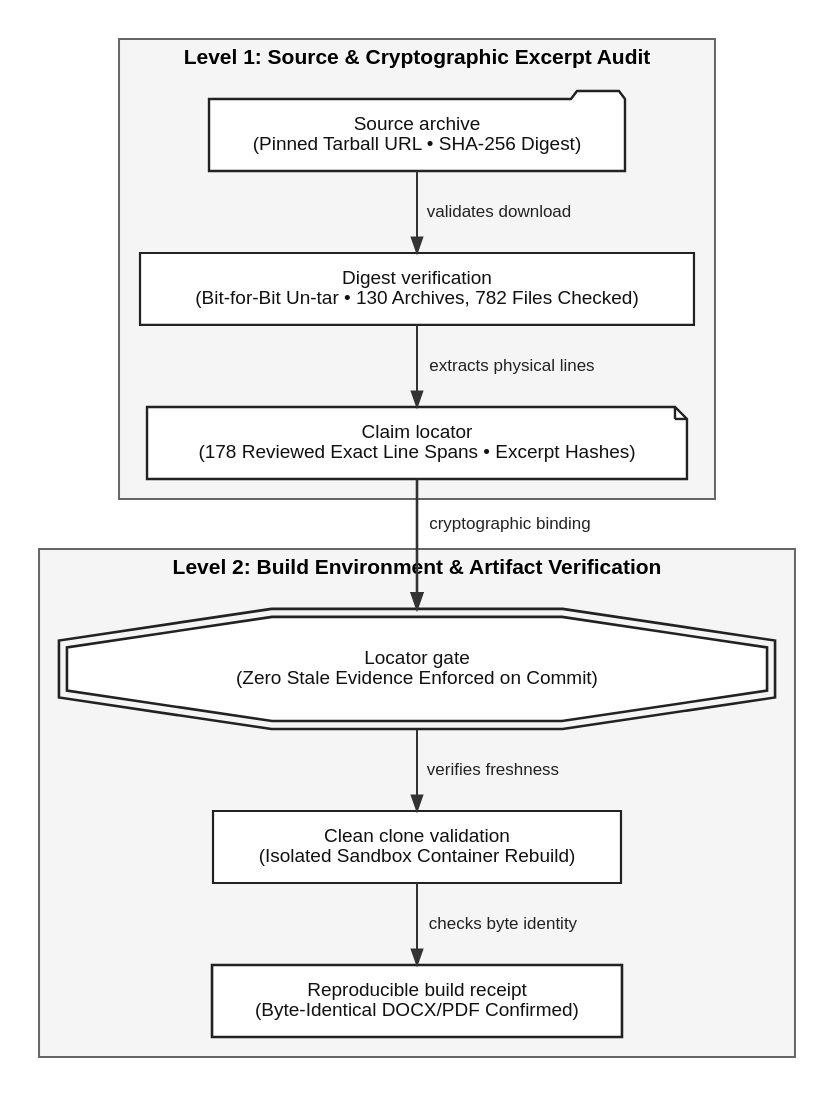
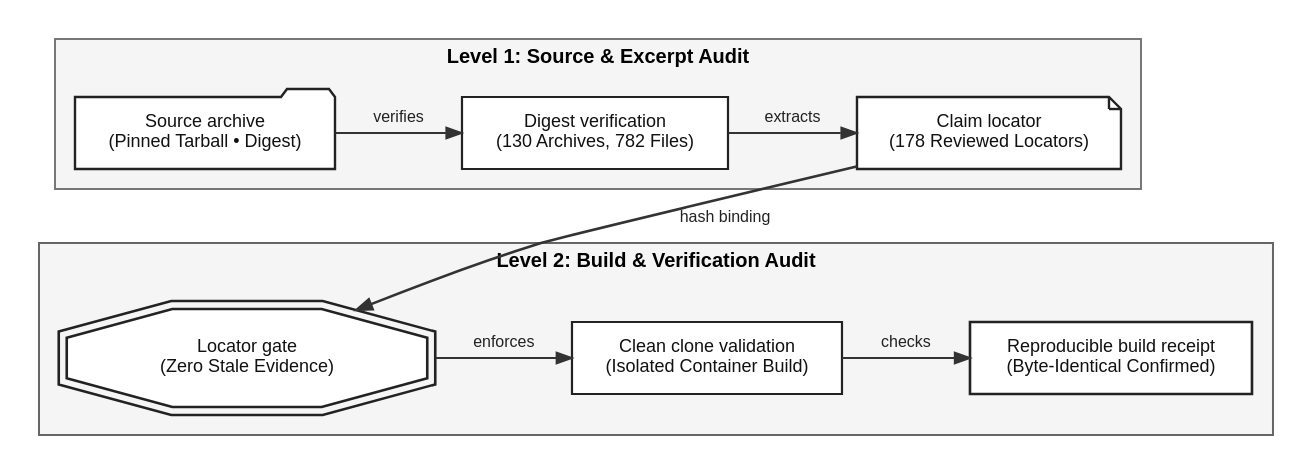
One commit to umyunsang/argo changed the diagram in paper/figures/rendered/fig-08.dot. Above: the diagram before and after it, drawn with Graphviz. The commit also changed 13 other files, not shown here.

Commit message:
fix(paper): fix table text overlap and resize figure 9 (evidence chain) to compact 2-row layout

```diff
--- a/paper/figures/rendered/fig-08.dot
+++ b/paper/figures/rendered/fig-08.dot
@@ -1,65 +1,70 @@
 digraph EvidenceChain {
   compound=true;
   rankdir=TB;
   bgcolor=white;
-  nodesep=0.40;
-  ranksep=0.45;
+  nodesep=0.45;
+  ranksep=0.55;
 
   node [
     shape=box,
     style="filled,solid",
     fillcolor="#FFFFFF",
     color="#222222",
     fontcolor="#111111",
     fontname="Helvetica",
-    fontsize=9.5,
+    fontsize=9.0,
     penwidth=1.1,
-    margin="0.16,0.10"
+    margin="0.14,0.08"
   ];
 
   edge [
     color="#333333",
     fontcolor="#222222",
     fontname="Helvetica",
-    fontsize=8.5,
+    fontsize=8.0,
     arrowhead=normal,
     arrowsize=0.75,
     penwidth=1.0
   ];
 
-  subgraph cluster_source_audit {
-    label="Level 1: Source & Cryptographic Excerpt Audit";
+  subgraph cluster_level1 {
+    label="Level 1: Source & Excerpt Audit";
     fontname="Helvetica-Bold";
-    fontsize=10.5;
+    fontsize=10.0;
+    color="#777777";
+    fillcolor="#F5F5F5";
+    style="filled,solid";
+    margin=10;
+
+    src_arch [label="Source archive\n(Pinned Tarball • Digest)", shape=folder, penwidth=1.2];
+    dig_ver [label="Digest verification\n(130 Archives, 782 Files)"];
+    claim_loc [label="Claim locator\n(178 Reviewed Locators)", shape=note, penwidth=1.2];
+
+    { rank=same; src_arch; dig_ver; claim_loc; }
+    src_arch -> dig_ver [label="verifies"];
+    dig_ver -> claim_loc [label="extracts"];
+  }
+
+  subgraph cluster_level2 {
+    label="Level 2: Build & Verification Audit";
+    fontname="Helvetica-Bold";
+    fontsize=10.0;
     color="#666666";
     fillcolor="#F5F5F5";
     style="filled,solid";
     margin=10;
 
-    src_arch [label="Source archive\n(Pinned Tarball URL • SHA-256 Digest)", shape=folder, penwidth=1.2];
-    dig_ver [label="Digest verification\n(Bit-for-Bit Un-tar • 130 Archives, 782 Files Checked)"];
-    claim_loc [label="Claim locator\n(178 Reviewed Exact Line Spans • Excerpt Hashes)", shape=note, penwidth=1.2];
+    loc_gate [label="Locator gate\n(Zero Stale Evidence)", shape=doubleoctagon, penwidth=1.3];
+    clean_clone [label="Clean clone validation\n(Isolated Container Build)"];
+    repro_receipt [label="Reproducible build receipt\n(Byte-Identical Confirmed)", shape=box, style="filled,bold", penwidth=1.3];
 
-    src_arch -> dig_ver [label="validates download"];
-    dig_ver -> claim_loc [label="extracts physical lines"];
+    { rank=same; loc_gate; clean_clone; repro_receipt; }
+    loc_gate -> clean_clone [label="enforces"];
+    clean_clone -> repro_receipt [label="checks"];
   }
 
-  subgraph cluster_system_audit {
-    label="Level 2: Build Environment & Artifact Verification";
-    fontname="Helvetica-Bold";
-    fontsize=10.5;
-    color="#666666";
-    fillcolor="#F5F5F5";
-    style="filled,solid";
-    margin=10;
-
-    loc_gate [label="Locator gate\n(Zero Stale Evidence Enforced on Commit)", shape=doubleoctagon, penwidth=1.3];
-    clean_clone [label="Clean clone validation\n(Isolated Sandbox Container Rebuild)"];
-    repro_receipt [label="Reproducible build receipt\n(Byte-Identical DOCX/PDF Confirmed)", shape=box, style="filled,bold", penwidth=1.3];
-
-    loc_gate -> clean_clone [label="verifies freshness"];
-    clean_clone -> repro_receipt [label="checks byte identity"];
-  }
-
-  claim_loc -> loc_gate [label="cryptographic binding", style=bold, penwidth=1.3];
+  // Left alignment to stack clusters cleanly
+  src_arch -> loc_gate [style=invis];
+  // Inter-cluster connection
+  claim_loc -> loc_gate [label="hash binding", style=bold, penwidth=1.3];
 }
```
